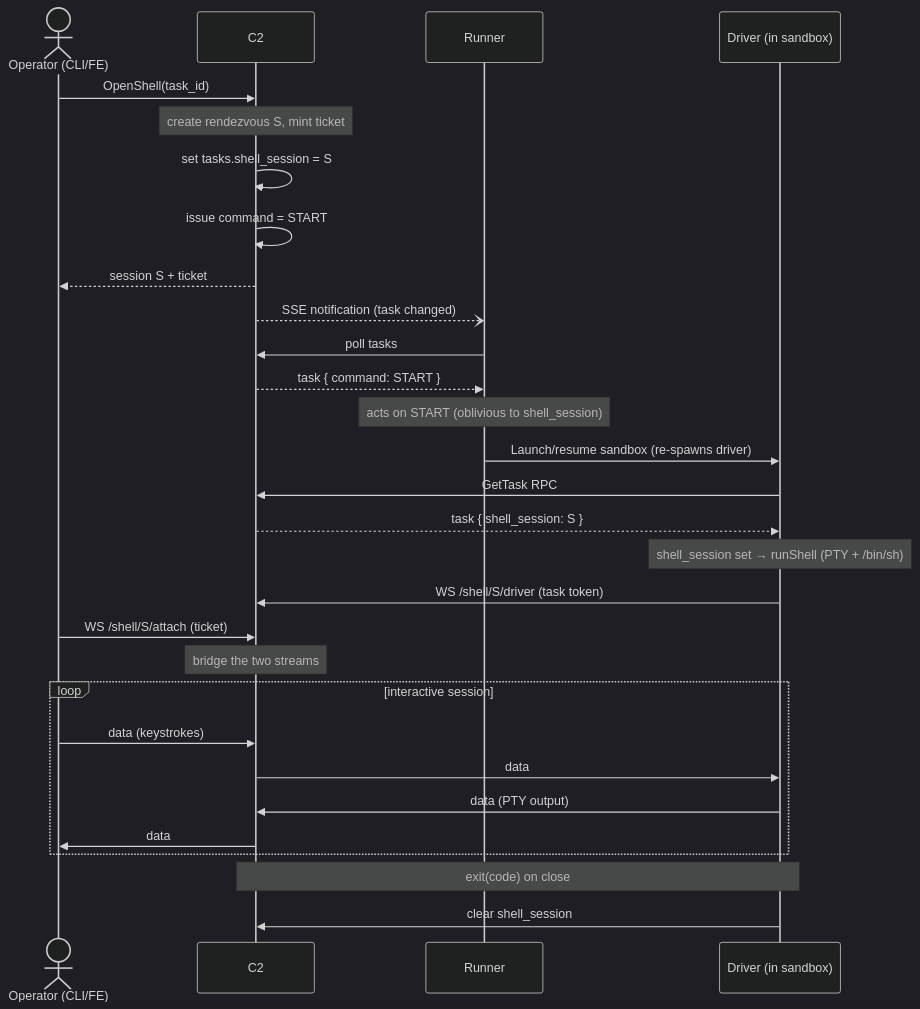
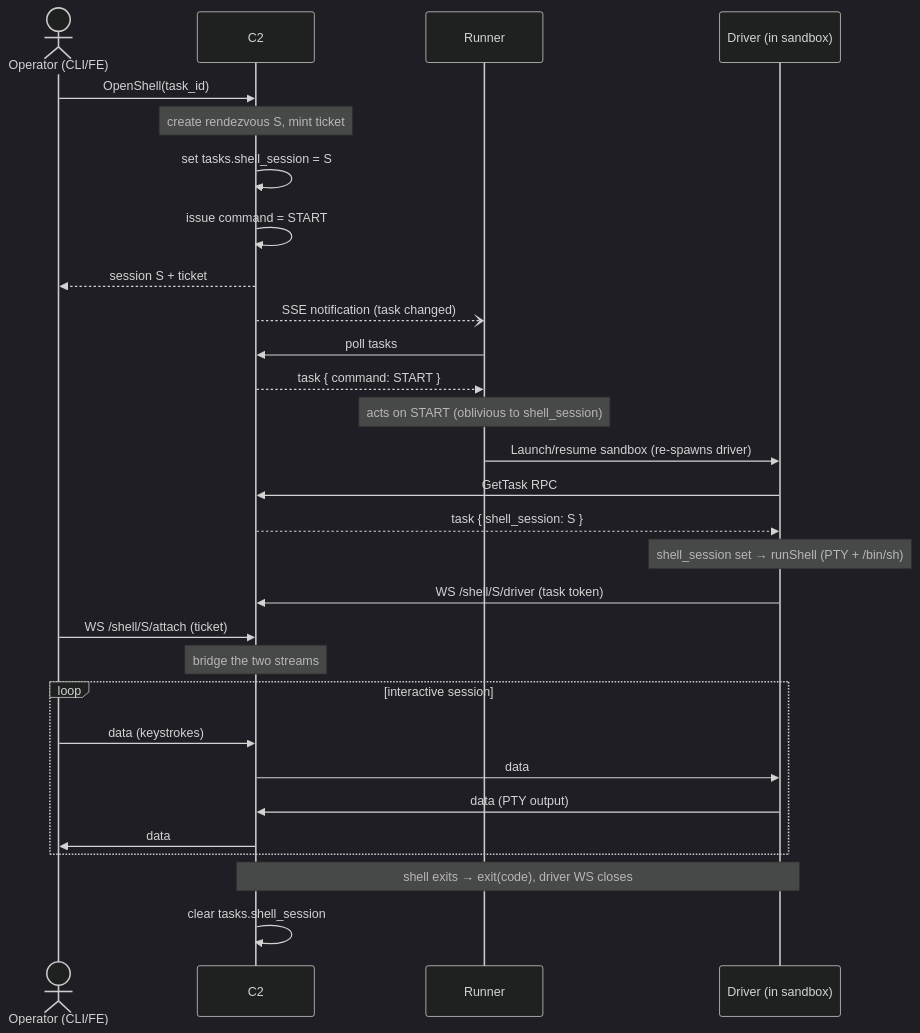
One commit to icholy/xagent changed the diagram in proposals/draft/driver-reverse-shell.md. Above: the diagram before and after it, drawn with Mermaid (dark theme). The commit also changed other lines of this file, not shown here.

Commit message:
proposal: clear shell_session in the C2 on session teardown

````diff
--- a/proposals/draft/driver-reverse-shell.md
+++ b/proposals/draft/driver-reverse-shell.md
@@ -113,37 +113,37 @@
 ```mermaid
 sequenceDiagram
     actor Op as Operator (CLI/FE)
     participant C2
     participant Runner
     participant Driver as Driver (in sandbox)
 
     Op->>C2: OpenShell(task_id)
     Note over C2: create rendezvous S, mint ticket
     C2->>C2: set tasks.shell_session = S
     C2->>C2: issue command = START
     C2-->>Op: session S + ticket
 
     C2--)Runner: SSE notification (task changed)
     Runner->>C2: poll tasks
     C2-->>Runner: task { command: START }
     Note over Runner: acts on START (oblivious to shell_session)
     Runner->>Driver: Launch/resume sandbox (re-spawns driver)
 
     Driver->>C2: GetTask RPC
     C2-->>Driver: task { shell_session: S }
     Note over Driver: shell_session set → runShell (PTY + /bin/sh)
 
     Driver->>C2: WS /shell/S/driver (task token)
     Op->>C2: WS /shell/S/attach (ticket)
     Note over C2: bridge the two streams
 
     loop interactive session
         Op->>C2: data (keystrokes)
         C2->>Driver: data
         Driver->>C2: data (PTY output)
         C2->>Op: data
     end
 
-    Note over Driver,C2: exit(code) on close
-    Driver->>C2: clear shell_session
+    Note over Driver,C2: shell exits → exit(code), driver WS closes
+    C2->>C2: clear tasks.shell_session
 ```
````
